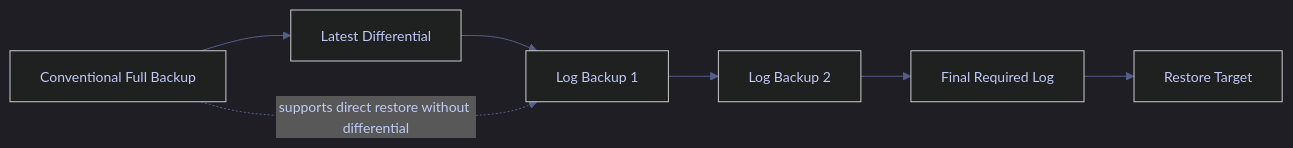
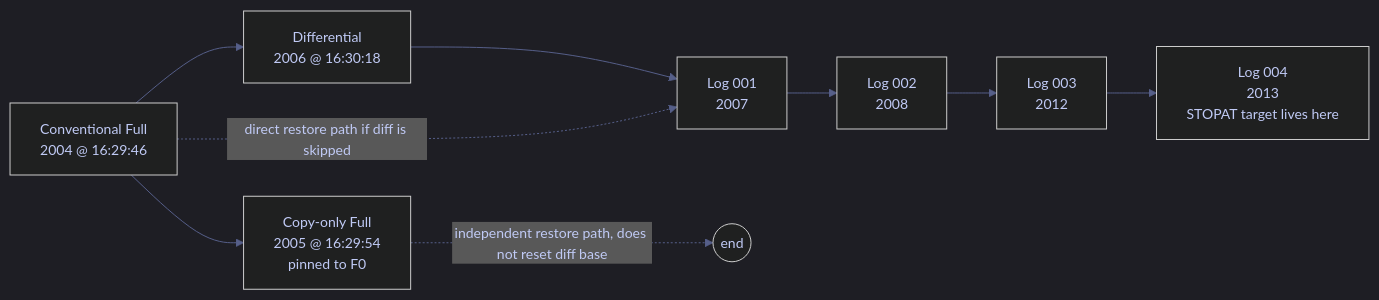
The second of 2 diagrams in content/04-SQL-Server/01-Server-Operations/07-backup-types-and-strategy.md (alp78/elysium), drawn with Mermaid before and after one commit. The commit also changed other lines of this file and 24 other files, not shown here.

````diff
--- a/content/04-SQL-Server/01-Server-Operations/07-backup-types-and-strategy.md
+++ b/content/04-SQL-Server/01-Server-Operations/07-backup-types-and-strategy.md
@@ -46,21 +111,23 @@
 ```mermaid
 %%{init: {'theme': 'dark', 'themeVariables': {
   'primaryColor': '#292e42',
   'primaryTextColor': '#c0caf5',
   'primaryBorderColor': '#565f89',
   'lineColor': '#565f89',
   'secondaryColor': '#1a1b26',
   'tertiaryColor': '#24283b',
   'noteTextColor': '#c0caf5',
   'noteBkgColor': '#292e42',
   'textColor': '#c0caf5',
   'fontSize': '14px'
 }}}%%
 flowchart LR
-    F[Conventional Full Backup] --> D[Latest Differential]
-    D --> L1[Log Backup 1]
-    L1 --> L2[Log Backup 2]
-    L2 --> LN[Final Required Log]
-    LN --> R[Restore Target]
-    F -. supports direct restore without differential .-> L1
+    F0[Conventional Full<br/>2004 @ 16:29:46] --> CO[Copy-only Full<br/>2005 @ 16:29:54<br/>pinned to F0]
+    F0 --> D[Differential<br/>2006 @ 16:30:18]
+    D --> L1[Log 001<br/>2007]
+    L1 --> L2[Log 002<br/>2008]
+    L2 --> L3[Log 003<br/>2012]
+    L3 --> L4[Log 004<br/>2013<br/>STOPAT target lives here]
+    F0 -. direct restore path if diff is skipped .-> L1
+    CO -. independent restore path, does not reset diff base .-> CO_END((end))
 ```
````
